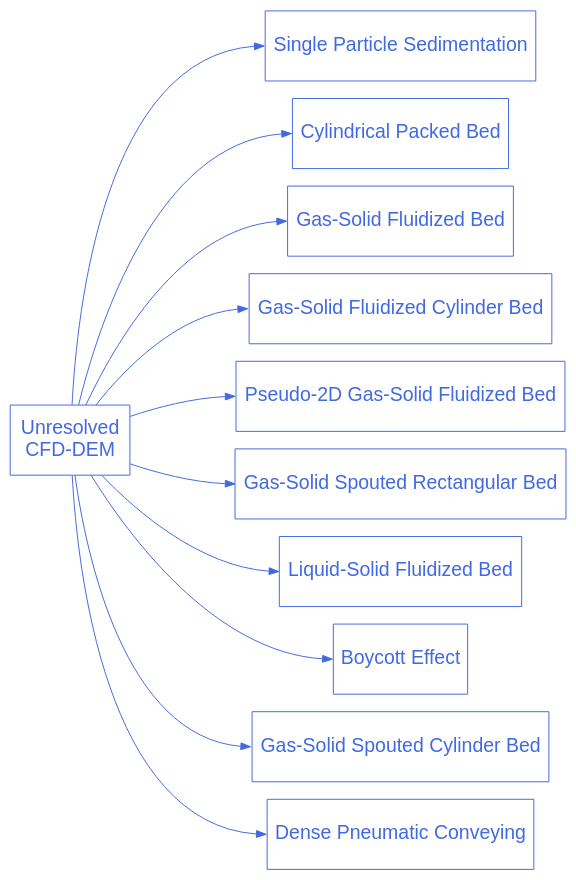
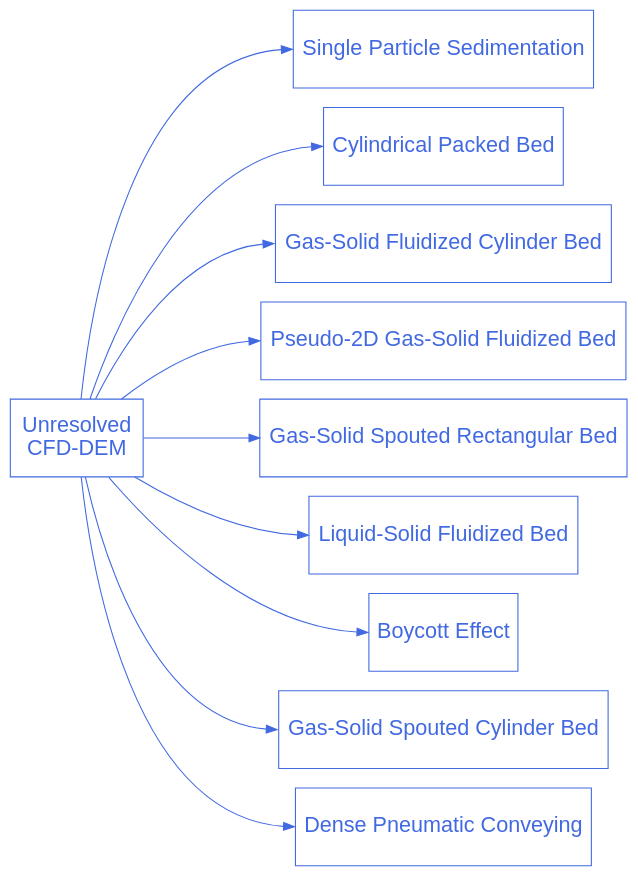
Before and after one commit to chaos-polymtl/lethe: the diagram in doc/source/examples/unresolved-cfd-dem/unresolved-cfd-dem.rst, drawn with Graphviz. The commit also changed other lines of this file and 6 other files, not shown here.

Commit message:
Remove gas-solid fluidized bed example

```diff
--- a/doc/source/examples/unresolved-cfd-dem/unresolved-cfd-dem.rst
+++ b/doc/source/examples/unresolved-cfd-dem/unresolved-cfd-dem.rst
@@ -23,42 +22,39 @@
 .. graphviz:: 
 
     digraph unresolved_cfd_dem_diagram {
       graph [bgcolor="transparent", align=true, ranksep=1.5];
       node [fontname=Arial, fontsize=20, shape=box, fontcolor=royalblue, color=royalblue, height=1];
       edge [color=royalblue];
       rankdir="LR";
       size = "9,9";
 
       unresolved_cfd_dem [label="Unresolved \nCFD-DEM", href="https://chaos-polymtl.github.io/lethe/documentation/examples/unresolved-cfd-dem/unresolved-cfd-dem.html"];
 
       cfd_dem_1 [label="Single Particle Sedimentation", href="https://chaos-polymtl.github.io/lethe/documentation/examples/unresolved-cfd-dem/single-particle-sedimentation/single-particle-sedimentation.html"];
 
       cfd_dem_2 [label="Cylindrical Packed Bed", href="https://chaos-polymtl.github.io/lethe/documentation/examples/unresolved-cfd-dem/cylindrical-packed-bed/cylindrical-packed-bed.html"];
 
-      cfd_dem_3 [label="Gas-Solid Fluidized Bed", href="https://chaos-polymtl.github.io/lethe/documentation/examples/unresolved-cfd-dem/gas-solid-fluidized-bed/gas-solid-fluidized-bed.html"];
+      cfd_dem_3 [label="Gas-Solid Fluidized Cylinder Bed", href="https://chaos-polymtl.github.io/lethe/documentation/examples/unresolved-cfd-dem/gas-solid-fluidized-cylinder-bed/gas-solid-fluidized-cylinder-bed.html"];
 
-      cfd_dem_4 [label="Gas-Solid Fluidized Cylinder Bed", href="https://chaos-polymtl.github.io/lethe/documentation/examples/unresolved-cfd-dem/gas-solid-fluidized-cylinder-bed/gas-solid-fluidized-cylinder-bed.html"];
+      cfd_dem_4 [label="Pseudo-2D Gas-Solid Fluidized Bed", href="https://chaos-polymtl.github.io/lethe/documentation/examples/unresolved-cfd-dem/pseudo-2d-gas-solid-fluidized-bed/pseudo-2d-gas-solid-fluidized-bed.html"];
 
-      cfd_dem_5 [label="Pseudo-2D Gas-Solid Fluidized Bed", href="https://chaos-polymtl.github.io/lethe/documentation/examples/unresolved-cfd-dem/pseudo-2d-gas-solid-fluidized-bed/pseudo-2d-gas-solid-fluidized-bed.html"];
+      cfd_dem_5 [label="Gas-Solid Spouted Rectangular Bed", href="https://chaos-polymtl.github.io/lethe/documentation/examples/unresolved-cfd-dem/gas-solid-spouted-rectangular-bed/gas-solid-spouted-rectangular-bed.html"];
 
-      cfd_dem_6 [label="Gas-Solid Spouted Rectangular Bed", href="https://chaos-polymtl.github.io/lethe/documentation/examples/unresolved-cfd-dem/gas-solid-spouted-rectangular-bed/gas-solid-spouted-rectangular-bed.html"];
+      cfd_dem_6 [label="Liquid-Solid Fluidized Bed", href="https://chaos-polymtl.github.io/lethe/documentation/examples/unresolved-cfd-dem/liquid-solid-fluidized-bed/liquid-solid-fluidized-bed.html"];
 
-      cfd_dem_7 [label="Liquid-Solid Fluidized Bed", href="https://chaos-polymtl.github.io/lethe/documentation/examples/unresolved-cfd-dem/liquid-solid-fluidized-bed/liquid-solid-fluidized-bed.html"];
+      cfd_dem_7 [label="Boycott Effect", href="https://chaos-polymtl.github.io/lethe/documentation/examples/unresolved-cfd-dem/boycott-effect/boycott-effect.html"];
 
-      cfd_dem_8 [label="Boycott Effect", href="https://chaos-polymtl.github.io/lethe/documentation/examples/unresolved-cfd-dem/boycott-effect/boycott-effect.html"];
+      cfd_dem_8 [label="Gas-Solid Spouted Cylinder Bed", href="https://chaos-polymtl.github.io/lethe/documentation/examples/unresolved-cfd-dem/gas-solid-spouted-cylinder-bed/gas-solid-spouted-cylinder-bed.html"];
 
-      cfd_dem_9 [label="Gas-Solid Spouted Cylinder Bed", href="https://chaos-polymtl.github.io/lethe/documentation/examples/unresolved-cfd-dem/gas-solid-spouted-cylinder-bed/gas-solid-spouted-cylinder-bed.html"];
-
-      cfd_dem_10 [label="Dense Pneumatic Conveying", href="https://chaos-polymtl.github.io/lethe/documentation/examples/unresolved-cfd-dem/dense-pneumatic-conveying/dense-pneumatic-conveying.html"];
+      cfd_dem_9 [label="Dense Pneumatic Conveying", href="https://chaos-polymtl.github.io/lethe/documentation/examples/unresolved-cfd-dem/dense-pneumatic-conveying/dense-pneumatic-conveying.html"];
 
       unresolved_cfd_dem -> cfd_dem_1:w;
       unresolved_cfd_dem -> cfd_dem_2:w;
       unresolved_cfd_dem -> cfd_dem_3:w;
       unresolved_cfd_dem -> cfd_dem_4:w;
       unresolved_cfd_dem -> cfd_dem_5:w;
       unresolved_cfd_dem -> cfd_dem_6:w;
       unresolved_cfd_dem -> cfd_dem_7:w;
       unresolved_cfd_dem -> cfd_dem_8:w;
       unresolved_cfd_dem -> cfd_dem_9:w;
-      unresolved_cfd_dem -> cfd_dem_10:w;
     }
```
